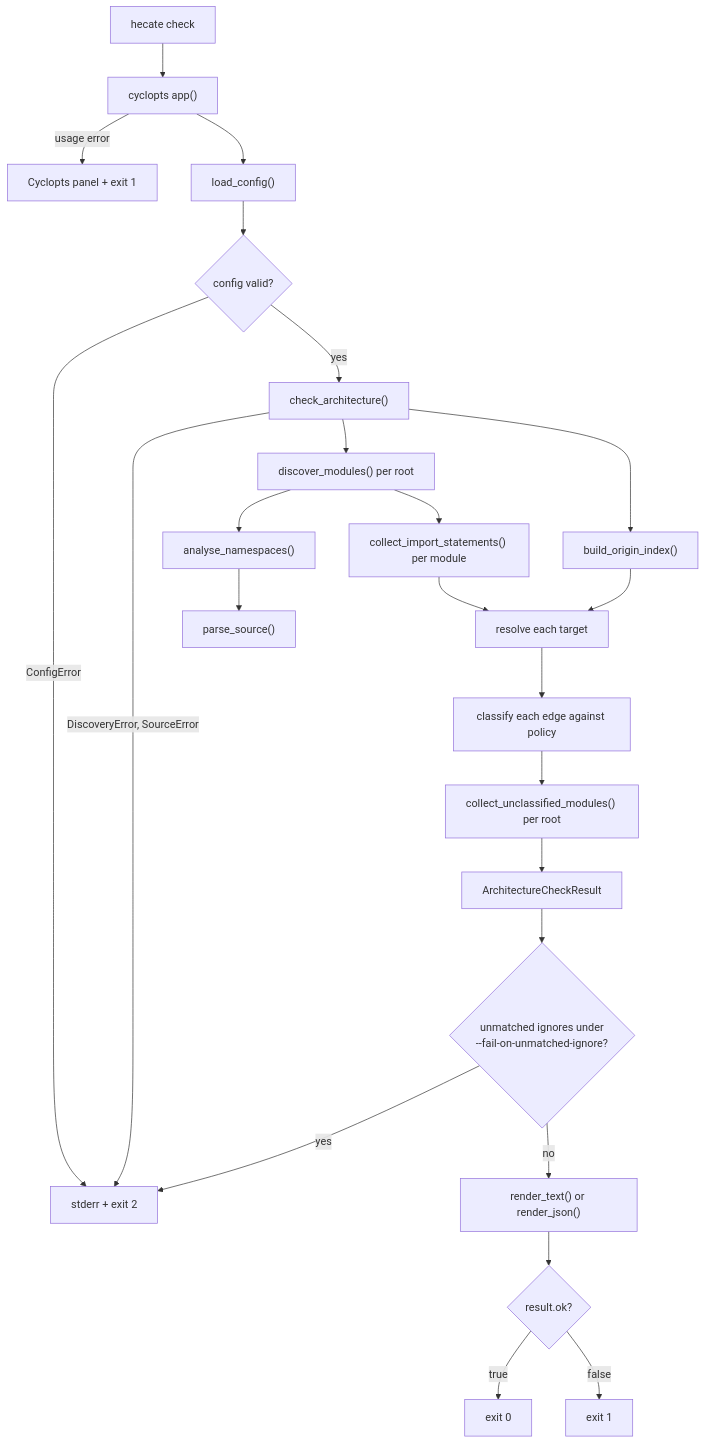
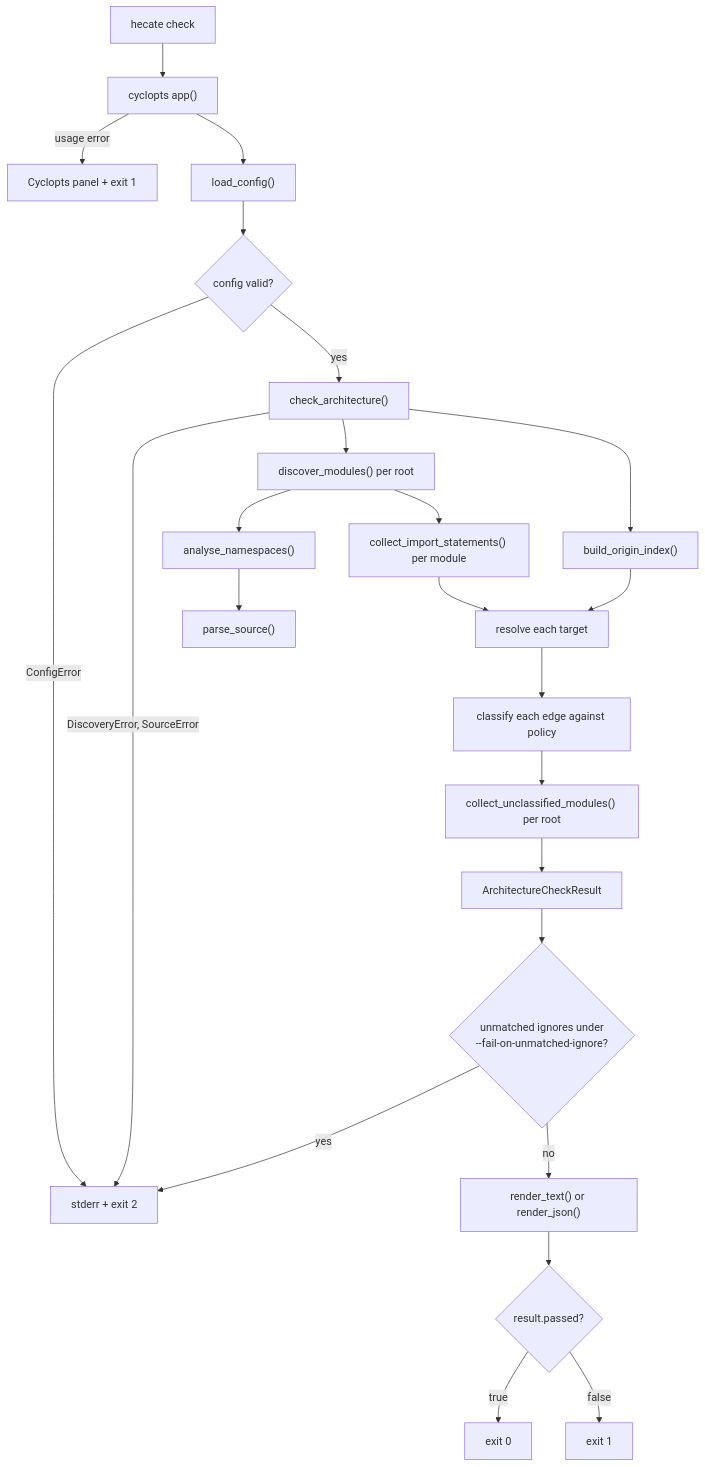
The first of 2 diagrams in docs/developers-guide.md (leynos/hecate), drawn with Mermaid before and after one commit. The commit also changed other lines of this file, not shown here.

First line of the commit message:
Route Figure 1 through the recorded command outcome

````diff
--- a/docs/developers-guide.md
+++ b/docs/developers-guide.md
@@ -73,26 +76,26 @@
 ```mermaid
 flowchart TD
     A["hecate check"] --> B["cyclopts app()"]
     B -->|"usage error"| ZU["Cyclopts panel + exit 1"]
     B --> C["load_config()"]
     C --> D{"config valid?"}
     D -->|"ConfigError"| Z2["stderr + exit 2"]
     D -->|"yes"| E["check_architecture()"]
     E -->|"DiscoveryError, SourceError"| Z2
     E --> W["discover_modules() per root"]
     W --> F["analyse_namespaces()"]
     F --> G["parse_source()"]
     E --> H["build_origin_index()"]
     W --> I["collect_import_statements() per module"]
     I --> J["resolve each target"]
     H --> J
     J --> K["classify each edge against policy"]
     K --> U["collect_unclassified_modules() per root"]
     U --> L["ArchitectureCheckResult"]
     L --> P{"unmatched ignores under\n--fail-on-unmatched-ignore?"}
     P -->|"yes"| Z2
     P -->|"no"| M["render_text() or render_json()"]
-    M --> N{"result.ok?"}
+    M --> N{"result.passed?"}
     N -->|"true"| Z0["exit 0"]
     N -->|"false"| Z1["exit 1"]
 ```
````
